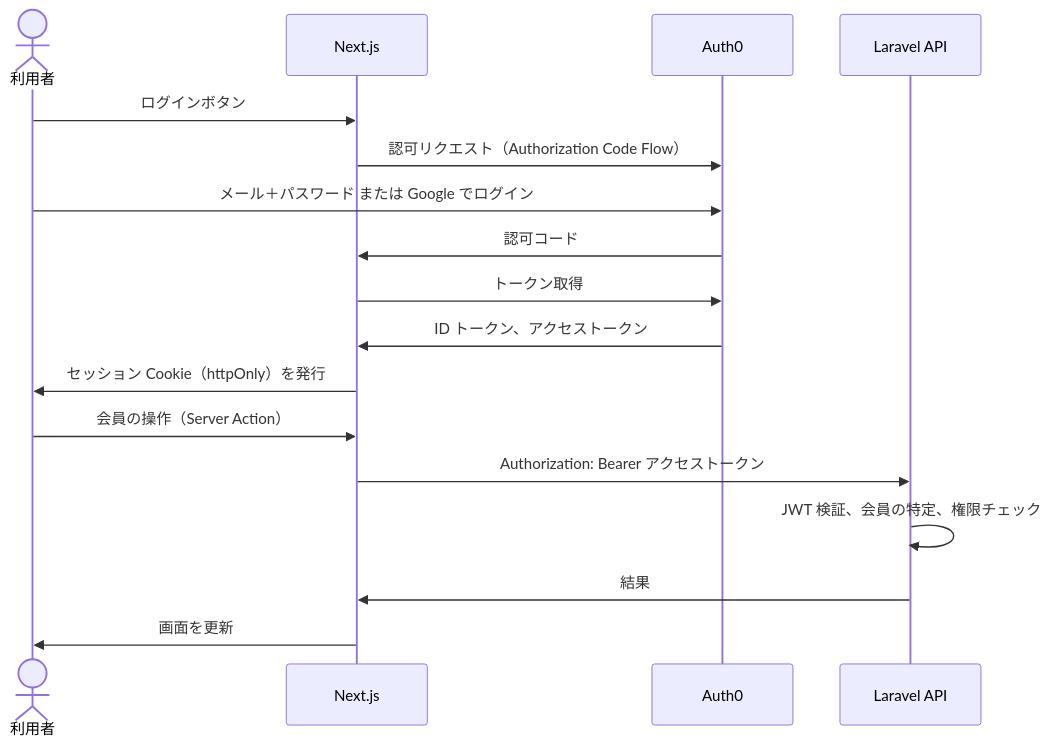
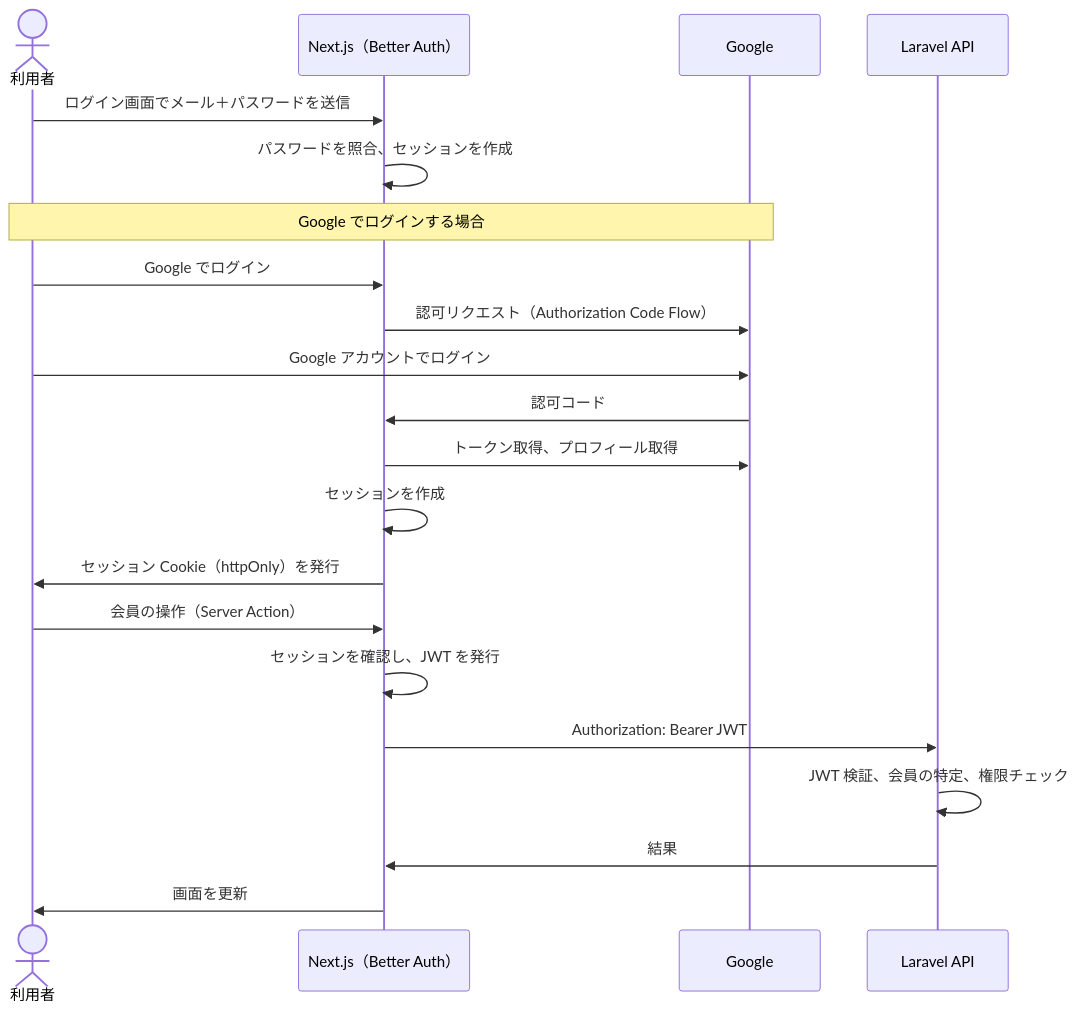
Before and after one commit to mtgit12/joushou: the second of 4 diagrams in docs/architecture.md, drawn with Mermaid. The commit also changed other lines of this file and 5 other files, not shown here.

````diff
--- a/docs/architecture.md
+++ b/docs/architecture.md
@@ -269,20 +281,24 @@
 ```mermaid
 sequenceDiagram
     actor U as 利用者
-    participant W as Next.js
-    participant A as Auth0
+    participant W as Next.js（Better Auth）
+    participant G as Google
     participant L as Laravel API
 
-    U->>W: ログインボタン
-    W->>A: 認可リクエスト（Authorization Code Flow）
-    U->>A: メール＋パスワード または Google でログイン
-    A->>W: 認可コード
-    W->>A: トークン取得
-    A->>W: ID トークン、アクセストークン
+    U->>W: ログイン画面でメール＋パスワードを送信
+    W->>W: パスワードを照合、セッションを作成
+    Note over U,G: Google でログインする場合
+    U->>W: Google でログイン
+    W->>G: 認可リクエスト（Authorization Code Flow）
+    U->>G: Google アカウントでログイン
+    G->>W: 認可コード
+    W->>G: トークン取得、プロフィール取得
+    W->>W: セッションを作成
     W->>U: セッション Cookie（httpOnly）を発行
     U->>W: 会員の操作（Server Action）
-    W->>L: Authorization: Bearer アクセストークン
+    W->>W: セッションを確認し、JWT を発行
+    W->>L: Authorization: Bearer JWT
     L->>L: JWT 検証、会員の特定、権限チェック
     L->>W: 結果
     W->>U: 画面を更新
 ```
````
